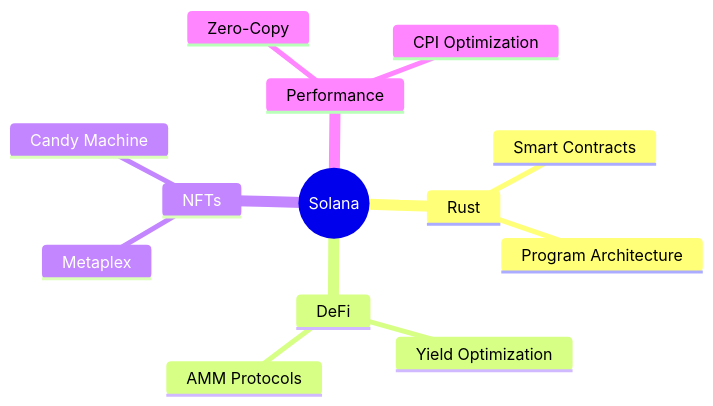
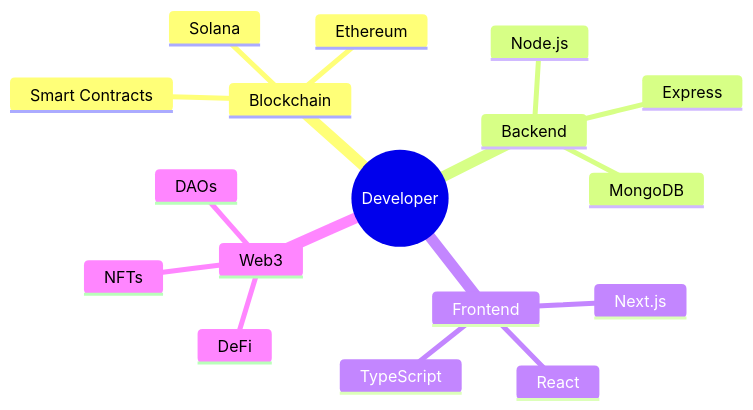
The second of 2 diagrams in README.md (sagarregmi2056/sagarregmi2056), drawn with Mermaid before and after one commit. The commit also changed other lines of this file, not shown here.

````diff
--- a/README.md
+++ b/README.md
@@ -149,16 +170,20 @@
 ```mermaid
 mindmap
-  root((Solana))
-    Rust
+  root((Developer))
+    Blockchain
+      Solana
+      Ethereum
       Smart Contracts
-      Program Architecture
-    DeFi
-      Yield Optimization
-      AMM Protocols
-    NFTs
-      Metaplex
-      Candy Machine
-    Performance
-      Zero-Copy
-      CPI Optimization
+    Backend
+      Node.js
+      Express
+      MongoDB
+    Frontend
+      React
+      Next.js
+      TypeScript
+    Web3
+      DeFi
+      NFTs
+      DAOs
 ```
````
